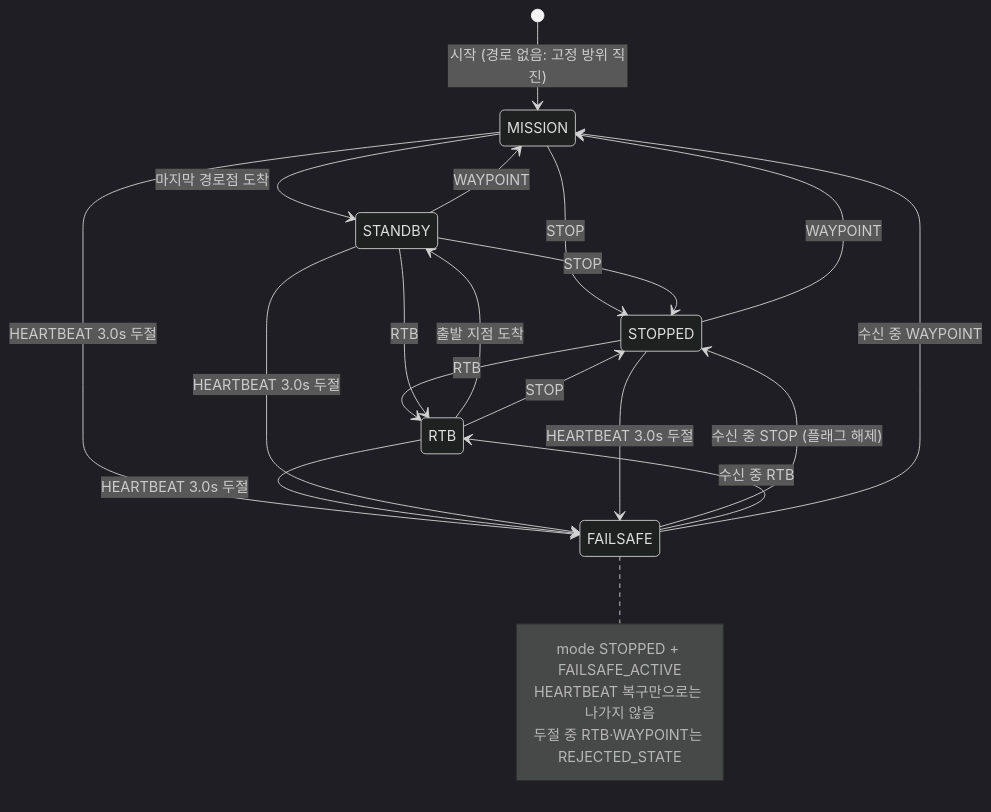
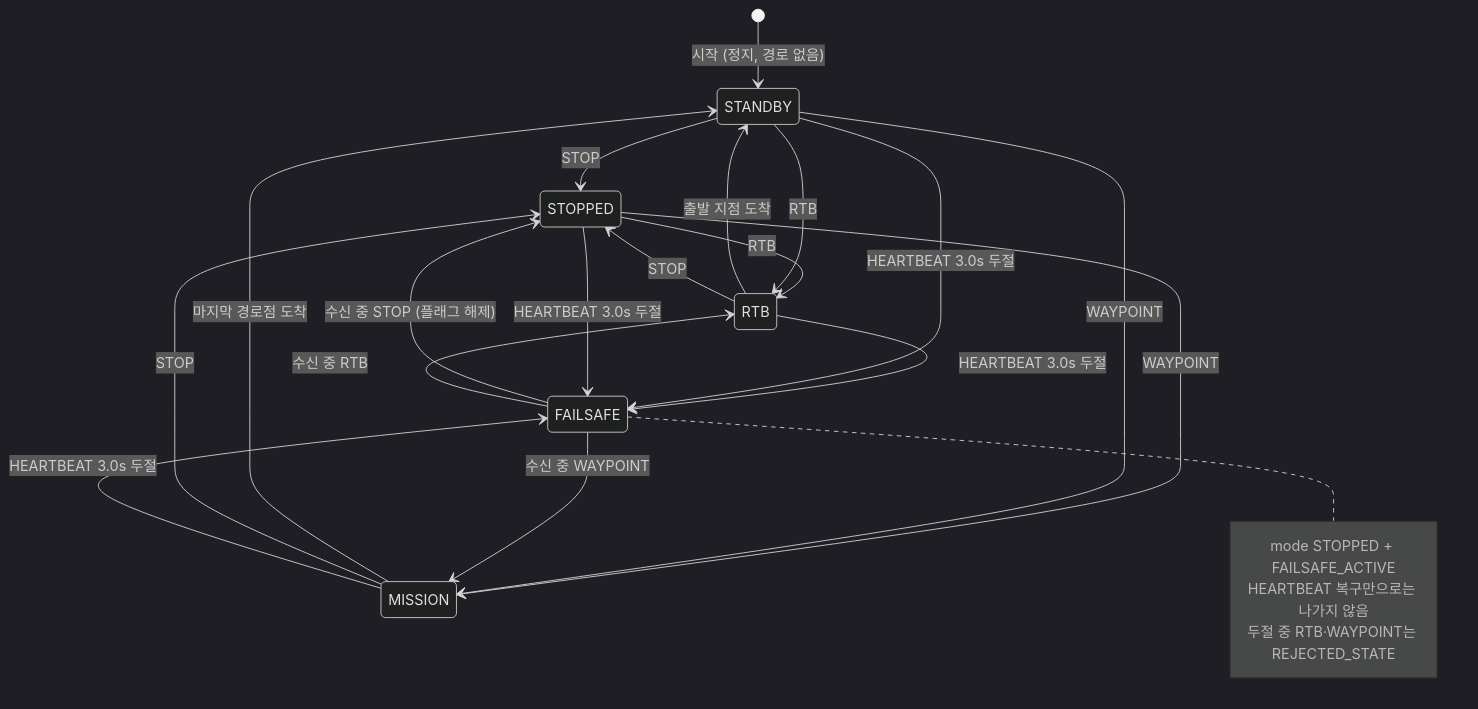
The sixth of 10 diagrams in docs/03_SDD.md (PuniPaw/ugv-control-hmi), drawn with Mermaid (dark theme) before and after one commit. The commit also changed other lines of this file and 11 other files, not shown here.

````diff
--- a/docs/03_SDD.md
+++ b/docs/03_SDD.md
@@ -291,21 +292,21 @@
 ```mermaid
 stateDiagram-v2
-    [*] --> MISSION: 시작 (경로 없음: 고정 방위 직진)
+    [*] --> STANDBY: 시작 (정지, 경로 없음)
     MISSION --> STANDBY: 마지막 경로점 도착
     RTB --> STANDBY: 출발 지점 도착
     MISSION --> STOPPED: STOP
     RTB --> STOPPED: STOP
     STANDBY --> STOPPED: STOP
     STOPPED --> RTB: RTB
     STOPPED --> MISSION: WAYPOINT
     STANDBY --> RTB: RTB
     STANDBY --> MISSION: WAYPOINT
     MISSION --> FAILSAFE: HEARTBEAT 3.0s 두절
     RTB --> FAILSAFE: HEARTBEAT 3.0s 두절
     STANDBY --> FAILSAFE: HEARTBEAT 3.0s 두절
     STOPPED --> FAILSAFE: HEARTBEAT 3.0s 두절
     FAILSAFE --> STOPPED: 수신 중 STOP (플래그 해제)
     FAILSAFE --> RTB: 수신 중 RTB
     FAILSAFE --> MISSION: 수신 중 WAYPOINT
     note right of FAILSAFE: mode STOPPED + FAILSAFE_ACTIVE<br/>HEARTBEAT 복구만으로는 나가지 않음<br/>두절 중 RTB·WAYPOINT는 REJECTED_STATE
 ```
````
